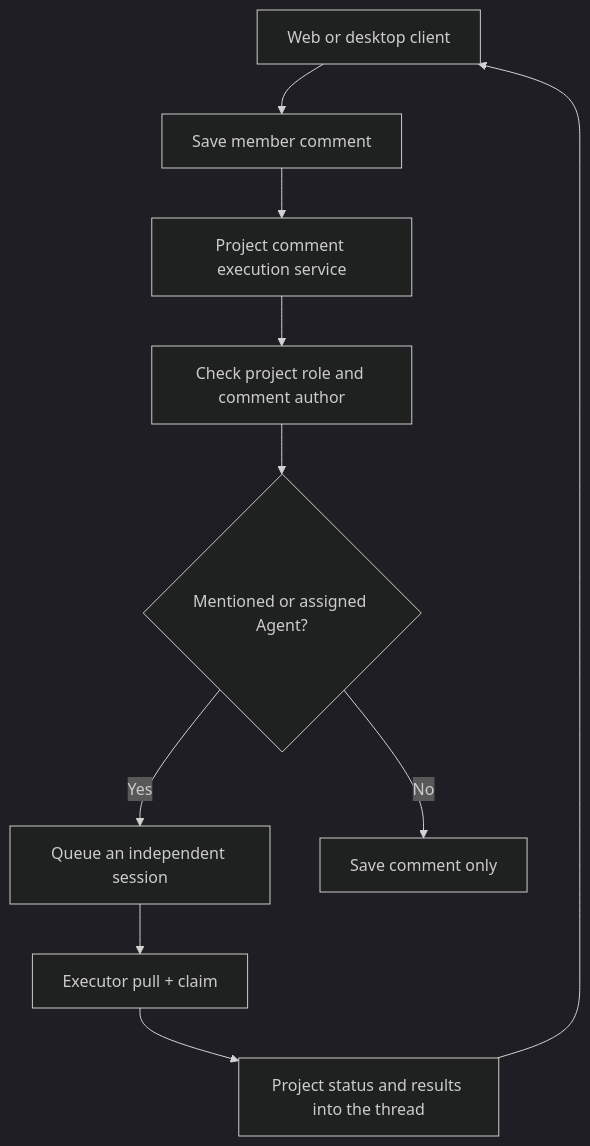
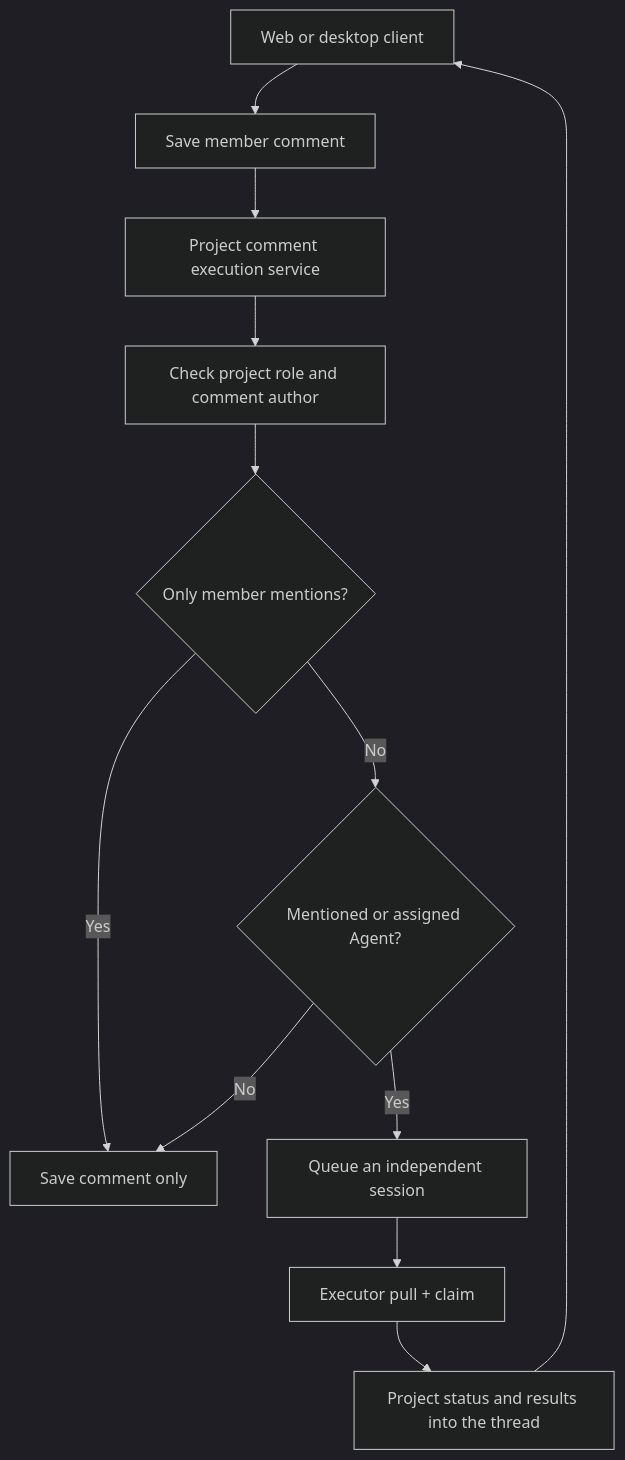
Before and after one commit to wecode-ai/Wegent: the third of 4 diagrams in docs/en/wegent/developer-guide/cloud-project-collaboration.md, drawn with Mermaid (dark theme). The commit also changed other lines of this file and 6 other files, not shown here.

Commit message:
fix(collaboration): keep member mentions out of agent execution

````diff
--- a/docs/en/wegent/developer-guide/cloud-project-collaboration.md
+++ b/docs/en/wegent/developer-guide/cloud-project-collaboration.md
@@ -327,12 +328,14 @@
 ```mermaid
 flowchart TD
     UI[Web or desktop client] --> Save[Save member comment]
     Save --> Execute[Project comment execution service]
     Execute --> Auth[Check project role and comment author]
-    Auth --> Agent{Mentioned or assigned Agent?}
+    Auth --> Human{Only member mentions?}
+    Human -->|Yes| Comment[Save comment only]
+    Human -->|No| Agent{Mentioned or assigned Agent?}
     Agent -->|Yes| Queue[Queue an independent session]
-    Agent -->|No| Comment[Save comment only]
+    Agent -->|No| Comment
     Queue --> Claim[Executor pull + claim]
     Claim --> Activity[Project status and results into the thread]
     Activity --> UI
 ```
````
